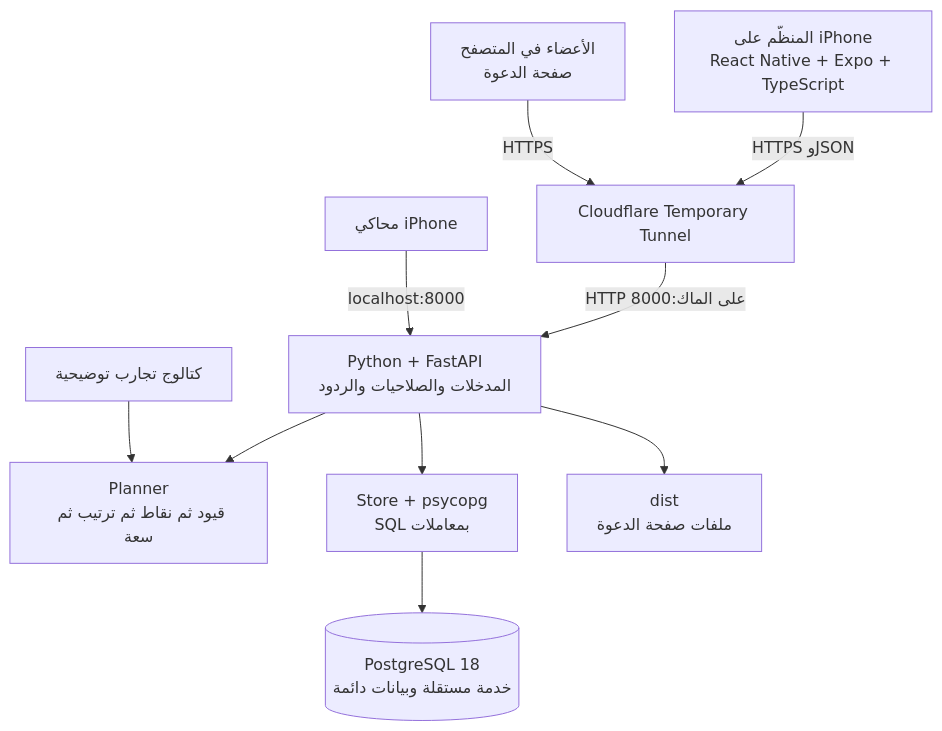
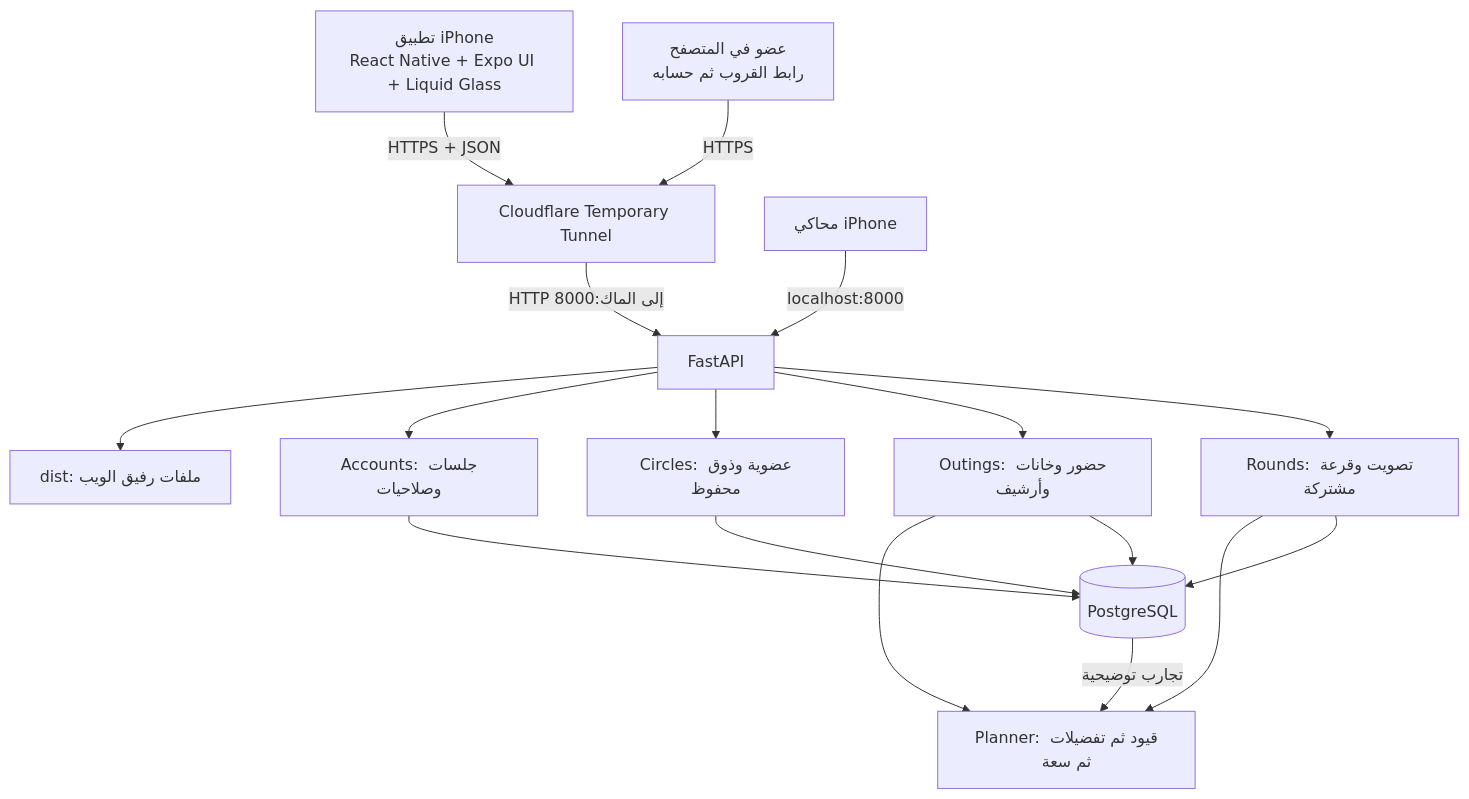
One commit to shathaaa1110-arch/hatim-app changed the first of 4 diagrams in docs/architecture-python-postgres.ar.md. Above: the diagram before and after it, drawn with Mermaid. The commit also changed other lines of this file and 40 other files, not shown here.

````diff
--- a/docs/architecture-python-postgres.ar.md
+++ b/docs/architecture-python-postgres.ar.md
@@ -11,12 +11,19 @@
 ```mermaid
 flowchart TB
-    O[المنظّم على iPhone<br/>React Native + Expo + TypeScript] -->|HTTPS وJSON| T[Cloudflare Temporary Tunnel]
-    W[الأعضاء في المتصفح<br/>صفحة الدعوة] -->|HTTPS| T
-    T -->|HTTP على الماك:8000| A[Python + FastAPI<br/>المدخلات والصلاحيات والردود]
-    S[محاكي iPhone] -->|localhost:8000| A
-    A --> P[Planner<br/>قيود ثم نقاط ثم ترتيب ثم سعة]
-    C[كتالوج تجارب توضيحية] --> P
-    A --> R[Store + psycopg<br/>SQL بمعاملات]
-    R --> DB[(PostgreSQL 18<br/>خدمة مستقلة وبيانات دائمة)]
-    A --> F[dist<br/>ملفات صفحة الدعوة]
+    I[تطبيق iPhone<br/>React Native + Expo UI + Liquid Glass] -->|HTTPS + JSON| T[Cloudflare Temporary Tunnel]
+    W[عضو في المتصفح<br/>رابط القروب ثم حسابه] -->|HTTPS| T
+    S[محاكي iPhone] -->|localhost:8000| A[FastAPI]
+    T -->|HTTP إلى الماك:8000| A
+    A --> F[dist: ملفات رفيق الويب]
+    A --> AU[Accounts: جلسات وصلاحيات]
+    A --> G[Circles: عضوية وذوق محفوظ]
+    A --> O[Outings: حضور وخانات وأرشيف]
+    A --> R[Rounds: تصويت وقرعة مشتركة]
+    O --> P[Planner: قيود ثم تفضيلات ثم سعة]
+    R --> P
+    AU --> DB[(PostgreSQL)]
+    G --> DB
+    O --> DB
+    R --> DB
+    DB -->|تجارب توضيحية| P
 ```
````
